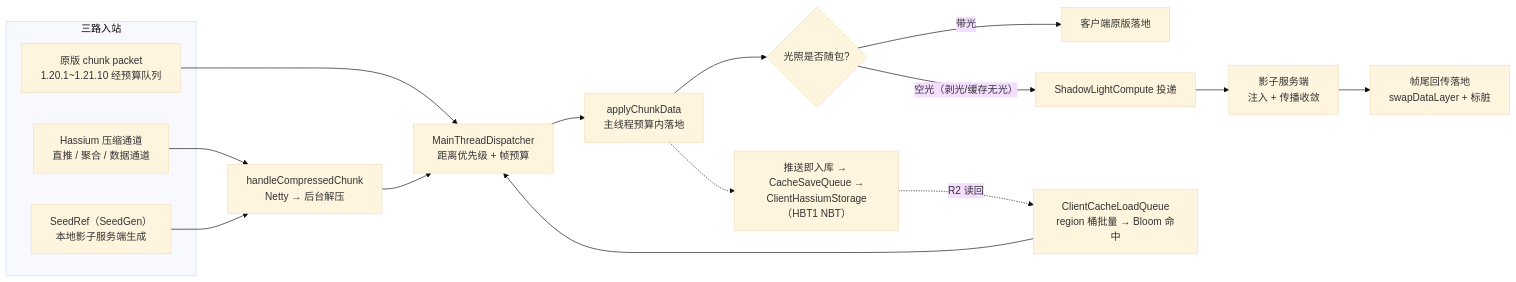
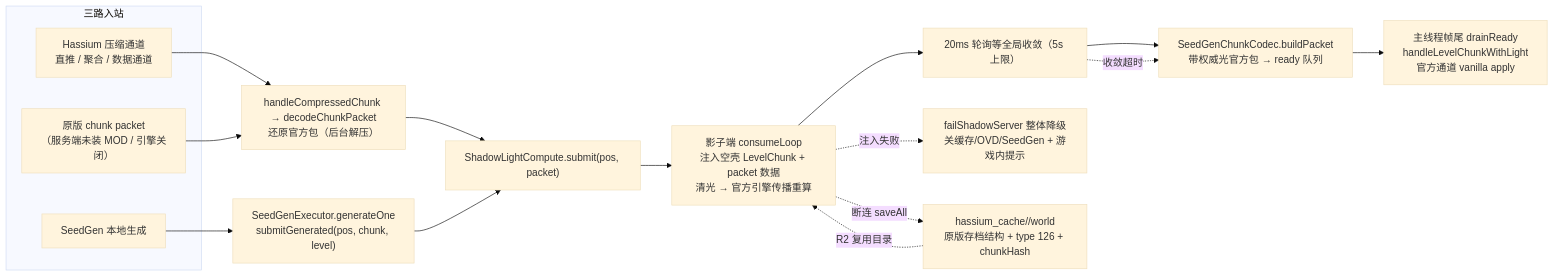
One commit to limuqy/Hassium changed the diagram in docs/architecture.md. Above: the diagram before and after it, drawn with Mermaid (base theme). The commit also changed other lines of this file and 77 other files, not shown here.

````diff
--- a/docs/architecture.md
+++ b/docs/architecture.md
@@ -74,21 +70,21 @@
 ```mermaid
 flowchart LR
     subgraph IN["三路入站"]
-        A1["原版 chunk packet<br/>1.20.1~1.21.10 经预算队列"]
+        A1["原版 chunk packet<br/>（服务端未装 MOD / 引擎关闭）"]
         A2["Hassium 压缩通道<br/>直推 / 聚合 / 数据通道"]
-        A3["SeedRef（SeedGen）<br/>本地影子服务端生成"]
+        A3["SeedGen 本地生成"]
     end
-    A1 --> B["MainThreadDispatcher<br/>距离优先级 + 帧预算"]
-    A2 --> C["handleCompressedChunk<br/>Netty → 后台解压"]
-    A3 --> C
-    C --> B
-    B --> D["applyChunkData<br/>主线程预算内落地"]
-    D --> E{光照是否随包?}
-    E -->|"带光"| F["客户端原版落地"]
-    E -->|"空光（剥光/缓存无光）"| G["ShadowLightCompute 投递"]
-    G --> H["影子服务端<br/>注入 + 传播收敛"]
-    H --> I["帧尾回传落地<br/>swapDataLayer + 标脏"]
-    D -.-> J["推送即入库 → CacheSaveQueue →<br/>ClientHassiumStorage（HBT1 NBT）"]
-    J -.->|"R2 读回"| K["ClientCacheLoadQueue<br/>region 桶批量 → Bloom 命中"]
-    K --> B
+    A2 --> B["handleCompressedChunk → decodeChunkPacket<br/>还原官方包（后台解压）"]
+    A1 --> B
+    A3 --> D["SeedGenExecutor.generateOne<br/>submitGenerated(pos, chunk, level)"]
+    B --> C["ShadowLightCompute.submit(pos, packet)"]
+    D --> C
+    C --> E["影子端 consumeLoop<br/>注入空壳 LevelChunk + packet 数据<br/>清光 → 官方引擎传播重算"]
+    E --> F["20ms 轮询等全局收敛（5s 上限）"]
+    F --> G["SeedGenChunkCodec.buildPacket<br/>带权威光官方包 → ready 队列"]
+    G --> H["主线程帧尾 drainReady<br/>handleLevelChunkWithLight<br/>官方通道 vanilla apply"]
+    E -.->|"注入失败"| I["failShadowServer 整体降级<br/>关缓存/OVD/SeedGen + 游戏内提示"]
+    F -.->|"收敛超时"| G
+    E -.->|"断连 saveAll"| J["hassium_cache/<serverId>/world<br/>原版存档结构 + type 126 + chunkHash"]
+    J -.->|"R2 复用目录"| E
 ```
````
